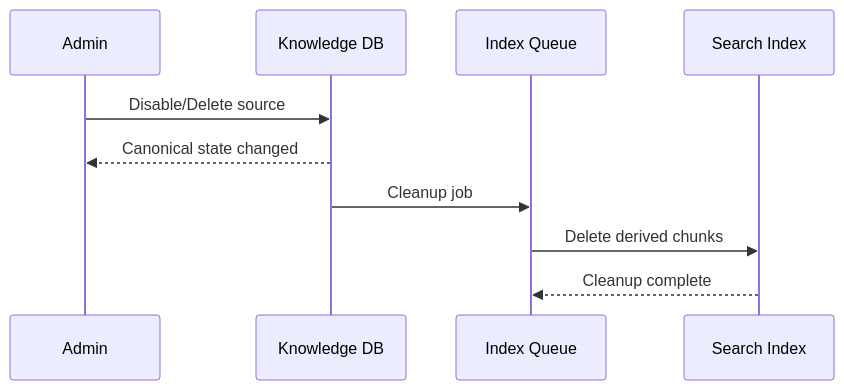
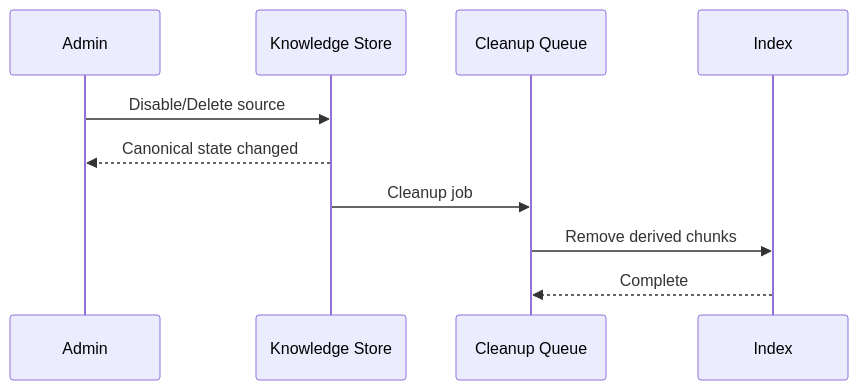
Before and after one commit to D-engahmed/OMILINKS: the fourth of 4 diagrams in docs/domain/knowledge.md, drawn with Mermaid. The commit also changed other lines of this file and 2 other files, not shown here.

Commit message:
docs: deepen workforce routing and knowledge domain contracts

````diff
--- a/docs/domain/knowledge.md
+++ b/docs/domain/knowledge.md
@@ -154,12 +165,12 @@
-```mermaid
+~~~mermaid
 sequenceDiagram
 participant A as Admin
-participant K as Knowledge DB
-participant Q as Index Queue
-participant I as Search Index
-A->>K: Disable/Delete source
-K-->>A: Canonical state changed
-K->>Q: Cleanup job
-Q->>I: Delete derived chunks
-I-->>Q: Cleanup complete
-```
+participant DB as Knowledge Store
+participant Q as Cleanup Queue
+participant I as Index
+A->>DB: Disable/Delete source
+DB-->>A: Canonical state changed
+DB->>Q: Cleanup job
+Q->>I: Remove derived chunks
+I-->>Q: Complete
+~~~
````
